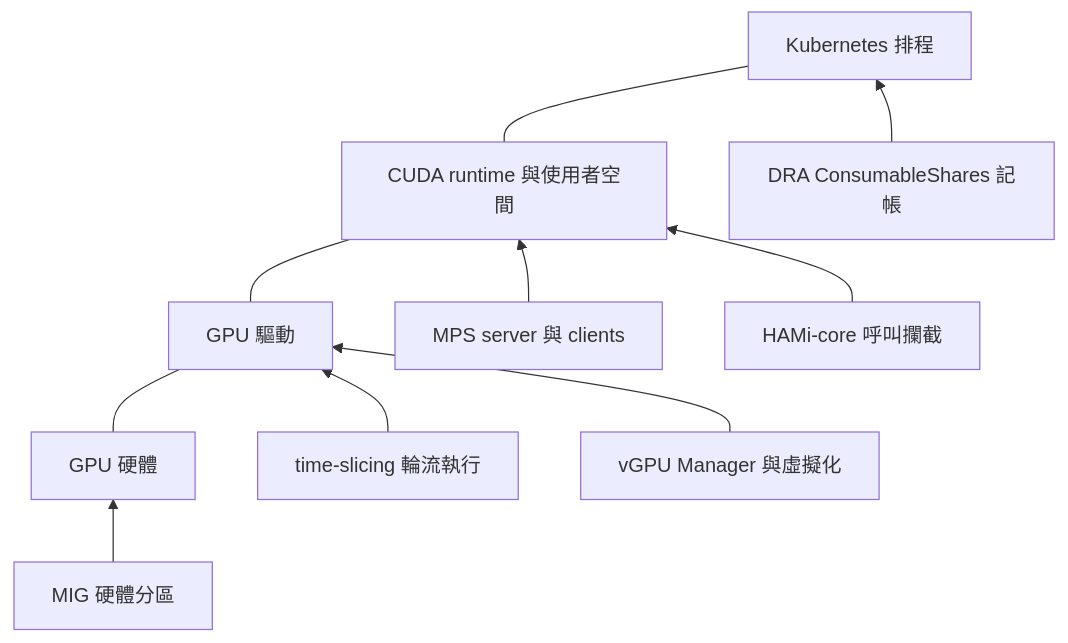
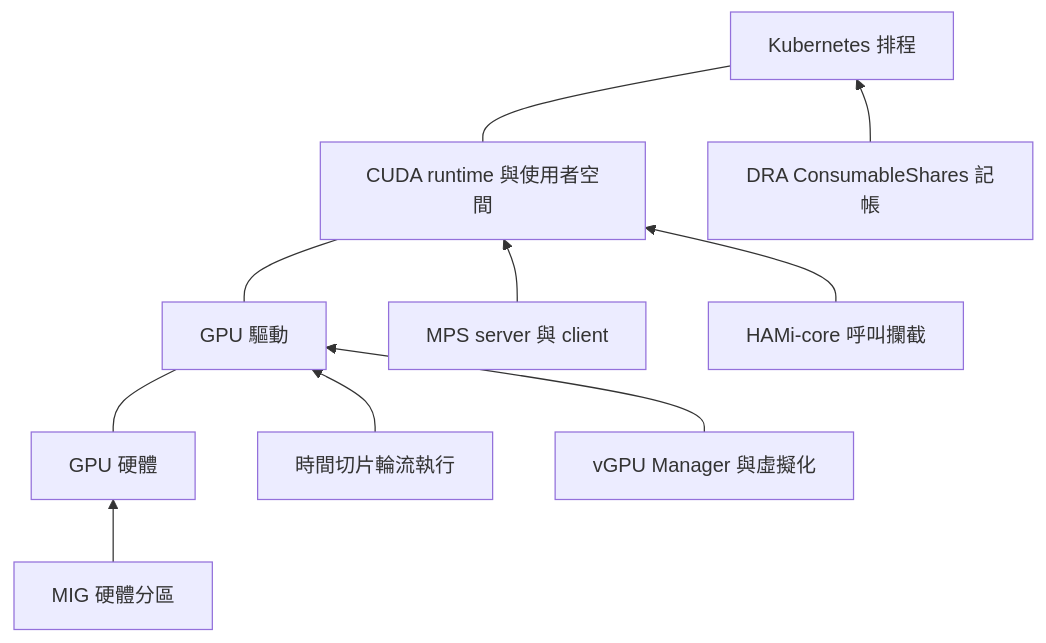
One commit to Daniel77871/dra-gpu-sharing-in-practice changed the diagram in book/01-why-dra/gpu-sharing-landscape.md. Above: the diagram before and after it, drawn with Mermaid. The commit also changed other lines of this file and 28 other files, not shown here.

````diff
--- a/book/01-why-dra/gpu-sharing-landscape.md
+++ b/book/01-why-dra/gpu-sharing-landscape.md
@@ -13,12 +13,12 @@
 ```mermaid
 flowchart BT
   H["GPU 硬體"] --- D["GPU 驅動"]
   D --- U["CUDA runtime 與使用者空間"]
   U --- K["Kubernetes 排程"]
   MIG["MIG 硬體分區"] --> H
-  TS["time-slicing 輪流執行"] --> D
+  TS["時間切片輪流執行"] --> D
   VG["vGPU Manager 與虛擬化"] --> D
-  MP["MPS server 與 clients"] --> U
+  MP["MPS server 與 client"] --> U
   HA["HAMi-core 呼叫攔截"] --> U
   CC["DRA ConsumableShares 記帳"] --> K
 ```
````
